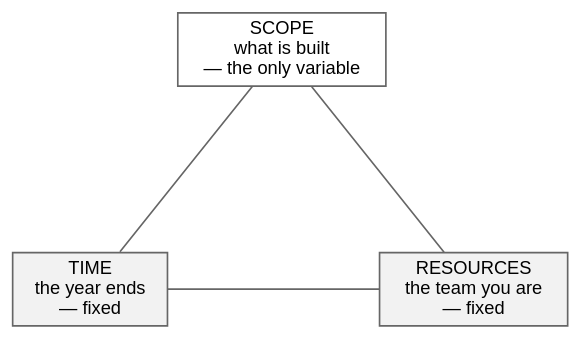
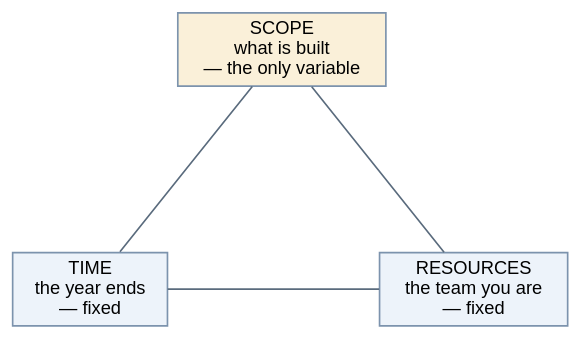
The diagram in modules/governance-project-basics/questions.adoc (htl-leonding-college/curriculum-syp3), drawn with Graphviz before and after one commit. The commit also changed 65 other files, not shown here.

First line of the commit message:
feat(site): give the diagrams a semantic pastel palette

```diff
--- a/modules/governance-project-basics/questions.adoc
+++ b/modules/governance-project-basics/questions.adoc
@@ -115,19 +115,19 @@
 [graphviz,q-triangle,svg]
 ----
 digraph triangle {
   bgcolor="transparent";
   layout=neato;
-  node [shape=box, style=filled, fillcolor="#f2f2f2", color="#666666",
+  node [shape=box, style=filled, fillcolor="#EDF3FA", color="#7C93AD",
         fontname="Helvetica", fontsize=11];
-  edge [color="#666666", arrowhead=none];
+  edge [color="#5A6B7D", arrowhead=none];
 
   S [label="SCOPE\nwhat is built\n— the only variable", pos="0,1.4!",
-     fillcolor="#ffffff"];
+     fillcolor="#FAF0D9"];
   T [label="TIME\nthe year ends\n— fixed", pos="-1.6,-0.6!"];
   R [label="RESOURCES\nthe team you are\n— fixed", pos="1.6,-0.6!"];
 
   S -> T;
   T -> R;
   R -> S;
 }
 ----
```
